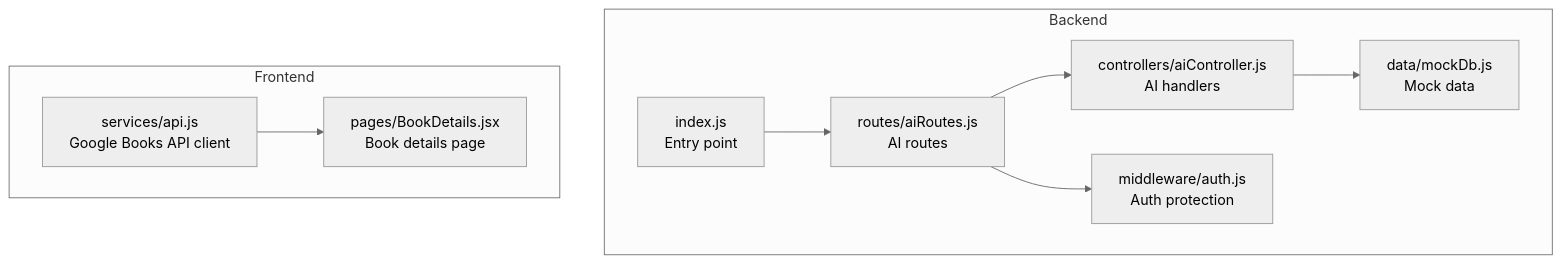
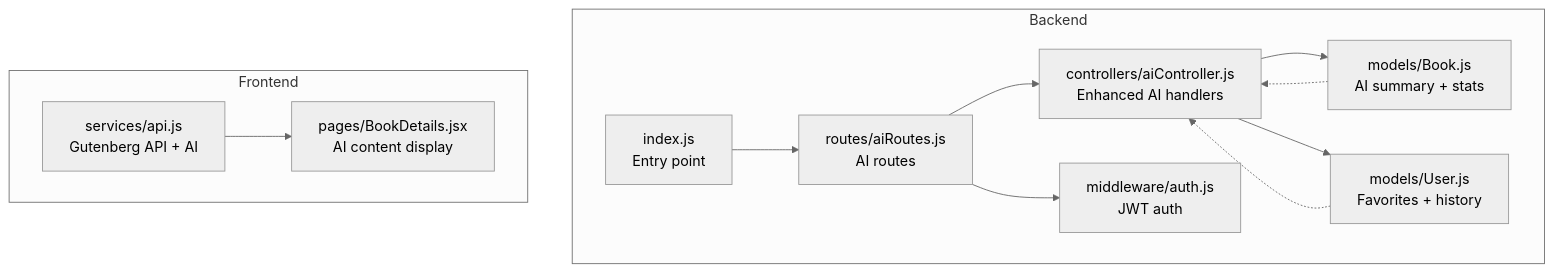
The first of 7 diagrams in .qoder/repowiki/en/content/AI-Powered Features.md (ganesh-NB/readsphere), drawn with Mermaid (neutral theme) before and after one commit. The commit also changed other lines of this file and 46 other files, not shown here.

````diff
--- a/.qoder/repowiki/en/content/AI-Powered Features.md
+++ b/.qoder/repowiki/en/content/AI-Powered Features.md
@@ -41,18 +52,22 @@
 ```mermaid
 graph TB
 subgraph "Backend"
 IDX["index.js<br/>Entry point"]
 R_AI["routes/aiRoutes.js<br/>AI routes"]
-C_AI["controllers/aiController.js<br/>AI handlers"]
-M_DB["data/mockDb.js<br/>Mock data"]
-MW["middleware/auth.js<br/>Auth protection"]
+C_AI["controllers/aiController.js<br/>Enhanced AI handlers"]
+M_BOOK["models/Book.js<br/>AI summary + stats"]
+M_USER["models/User.js<br/>Favorites + history"]
+MW["middleware/auth.js<br/>JWT auth"]
 end
 subgraph "Frontend"
-FE_API["services/api.js<br/>Google Books API client"]
-FE_UI["pages/BookDetails.jsx<br/>Book details page"]
+FE_API["services/api.js<br/>Gutenberg API + AI"]
+FE_UI["pages/BookDetails.jsx<br/>AI content display"]
 end
 IDX --> R_AI --> C_AI
-C_AI --> M_DB
+C_AI --> M_BOOK
+C_AI --> M_USER
 R_AI --> MW
 FE_API --> FE_UI
+M_BOOK -.-> C_AI
+M_USER -.-> C_AI
 ```
````
